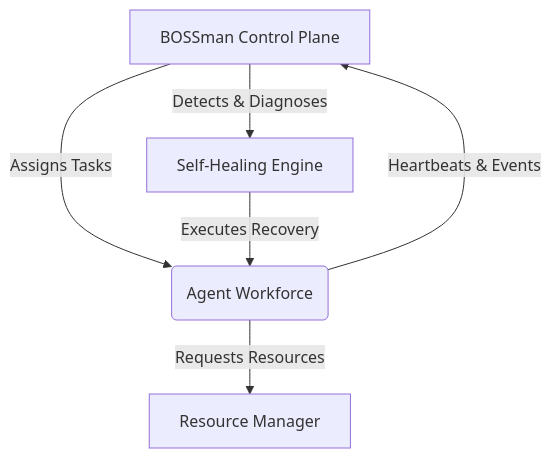
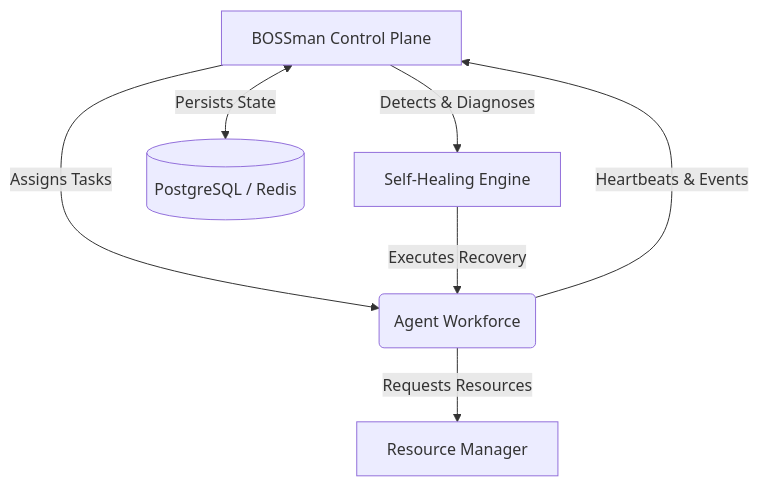
Before and after one commit to Anuroop-cloud/bossman: the first of 2 diagrams in README.md, drawn with Mermaid. The commit also changed other lines of this file, not shown here.

````diff
--- a/README.md
+++ b/README.md
@@ -28,8 +28,9 @@
 ```mermaid
 graph TD
     A[BOSSman Control Plane] -->|Assigns Tasks| B(Agent Workforce)
     B -->|Heartbeats & Events| A
     B -->|Requests Resources| C[Resource Manager]
     A -->|Detects & Diagnoses| D[Self-Healing Engine]
     D -->|Executes Recovery| B
+    A <-->|Persists State| E[(PostgreSQL / Redis)]
 ```
````
